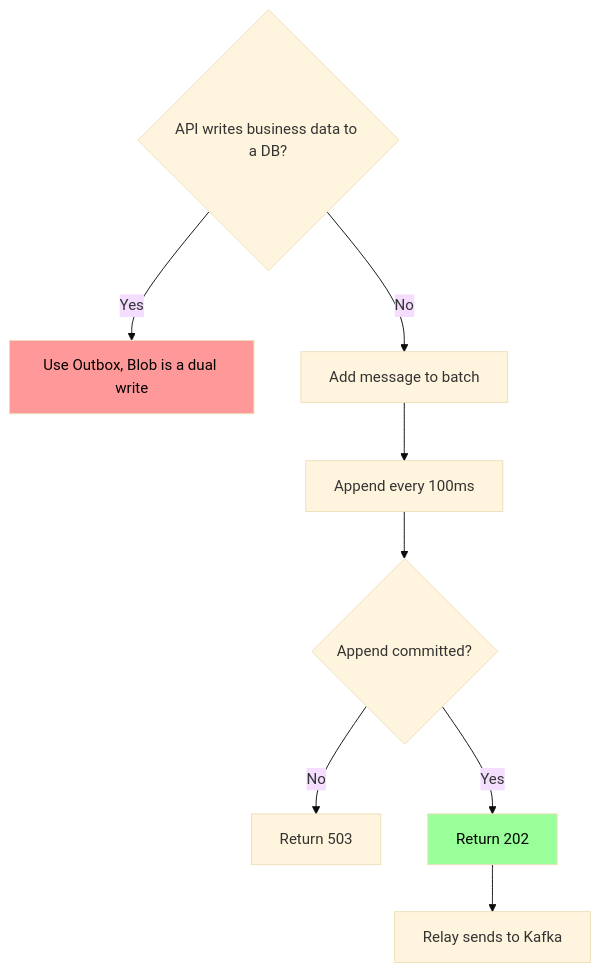
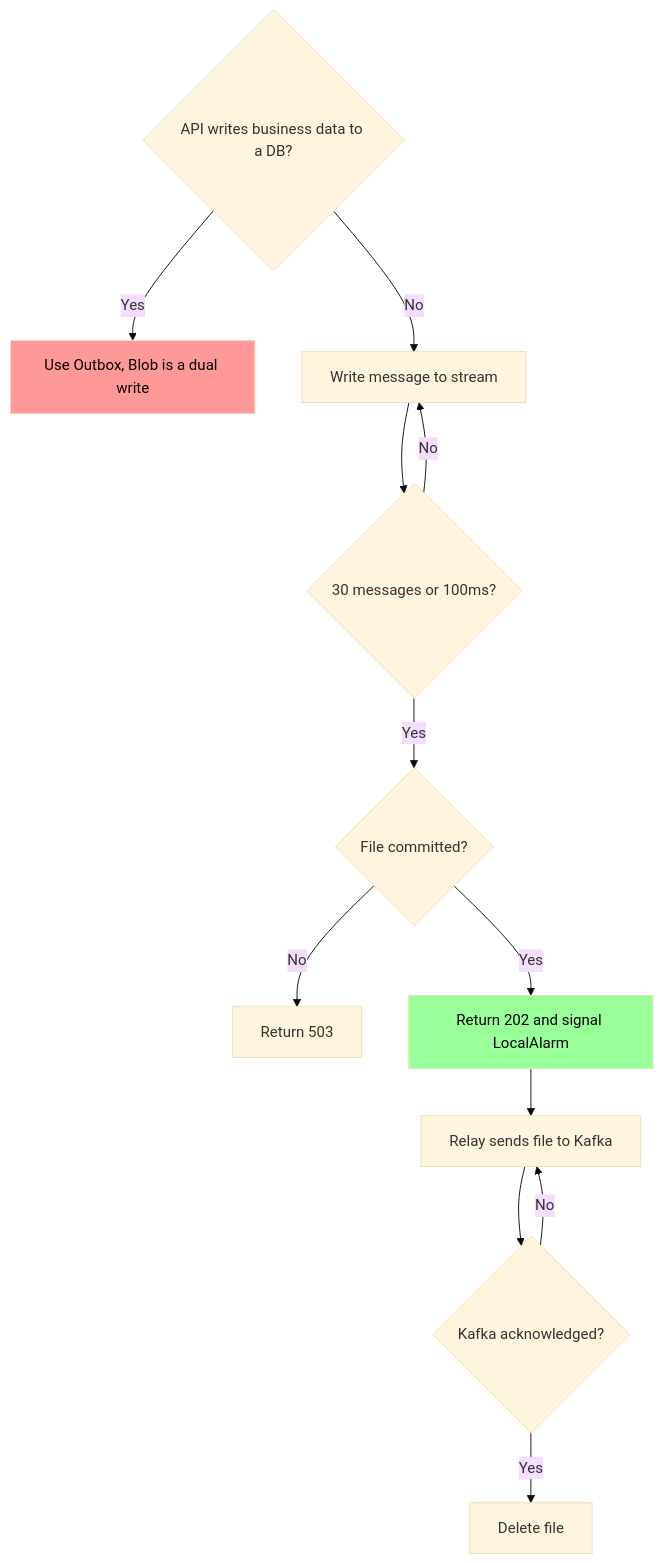
One commit to wesamkhateeb98-creator/OutMessageToKafka changed the third of 3 diagrams in docs/blob-stream-buffer.md. Above: the diagram before and after it, drawn with Mermaid (base theme). The commit also changed other lines of this file, not shown here.

First line of the commit message:
docs: switch blob buffer design to one Block Blob per batch

````diff
--- a/docs/blob-stream-buffer.md
+++ b/docs/blob-stream-buffer.md
@@ -60,13 +69,17 @@
 ```mermaid
 flowchart TD
     A{API writes business data to a DB?}
     A -- Yes --> B[Use Outbox, Blob is a dual write]
-    A -- No --> C[Add message to batch]
-    C --> D[Append every 100ms]
-    D --> E{Append committed?}
+    A -- No --> C[Write message to stream]
+    C --> D{30 messages or 100ms?}
+    D -- No --> C
+    D -- Yes --> E{File committed?}
     E -- No --> F[Return 503]
-    E -- Yes --> G[Return 202]
-    G --> H[Relay sends to Kafka]
+    E -- Yes --> G[Return 202 and signal LocalAlarm]
+    G --> H[Relay sends file to Kafka]
+    H --> I{Kafka acknowledged?}
+    I -- No --> H
+    I -- Yes --> J[Delete file]
     style B fill:#f99,color:#000
     style G fill:#9f9,color:#000
 ```
````
